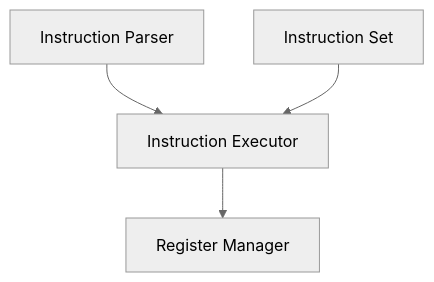
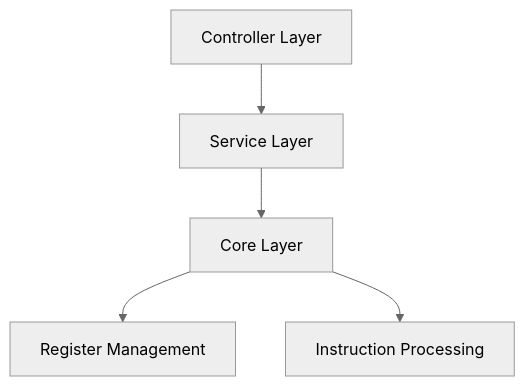
One commit to vinaysingri/opcode-ai changed the first of 7 diagrams in memory-bank/systemPatterns.md. Above: the diagram before and after it, drawn with Mermaid (neutral theme). The commit also changed other lines of this file and 3 other files, not shown here.

````diff
--- a/memory-bank/systemPatterns.md
+++ b/memory-bank/systemPatterns.md
@@ -7,6 +5,7 @@
 ```mermaid
 graph TD
-    A[Instruction Parser] --> B[Instruction Executor]
-    B --> C[Register Manager]
-    D[Instruction Set] --> B
+    A[Controller Layer] --> B[Service Layer]
+    B --> C[Core Layer]
+    C --> D[Register Management]
+    C --> E[Instruction Processing]
 ```
````
